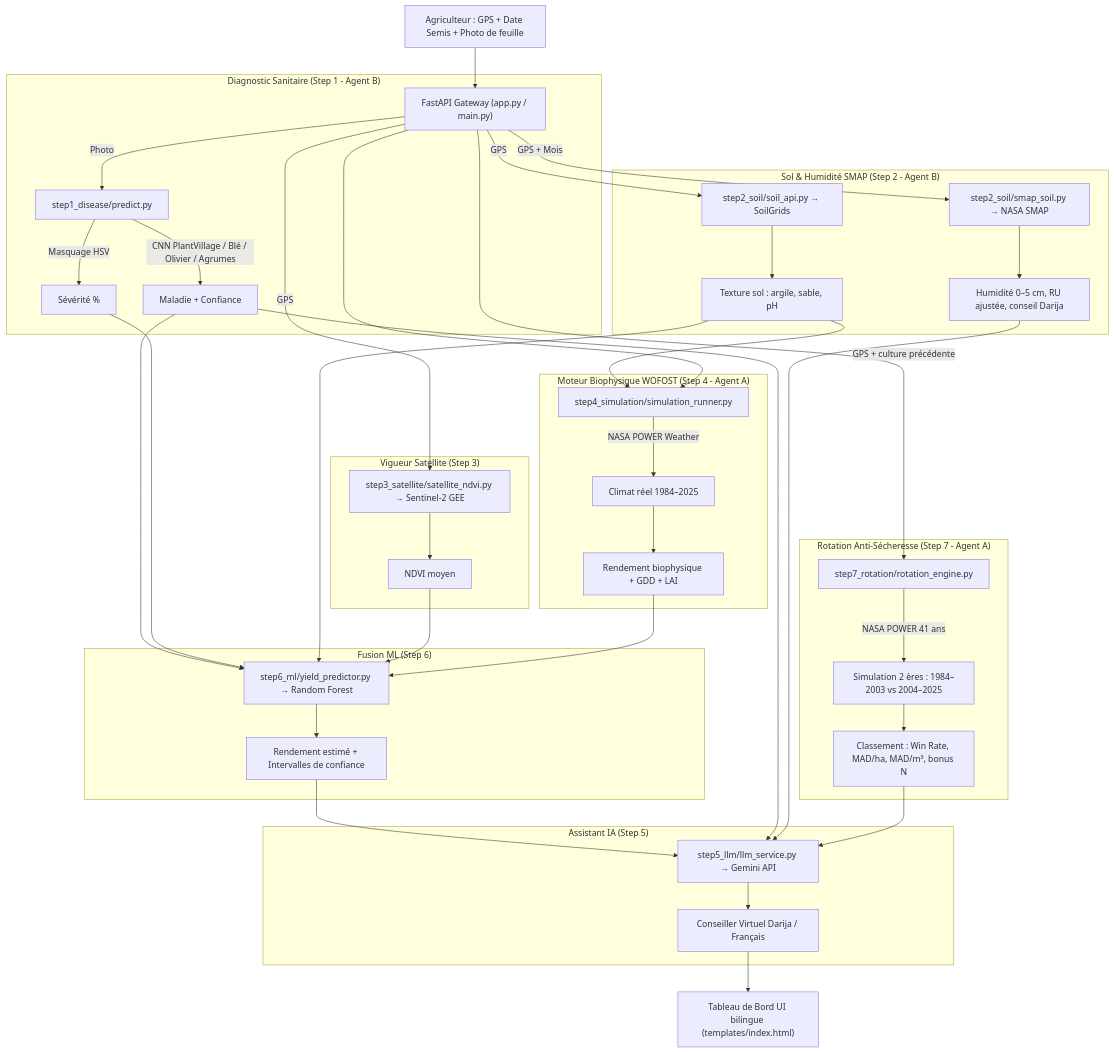
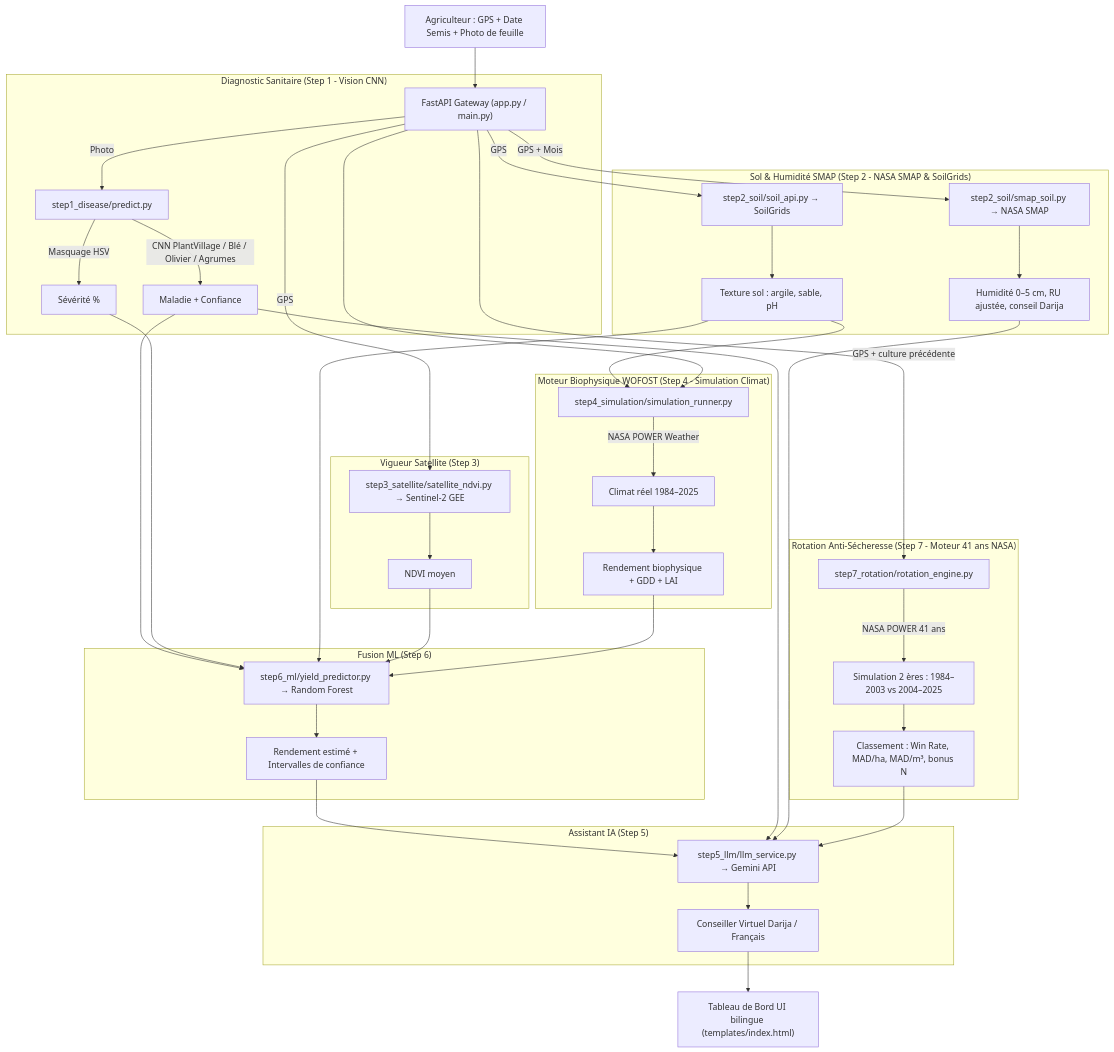
The diagram in README.md (NasaChallenge-earth-eyes/earth-eyes), drawn with Mermaid before and after one commit. The commit also changed other lines of this file and 1 other file, not shown here.

````diff
--- a/README.md
+++ b/README.md
@@ -64,46 +64,46 @@
 ```mermaid
 graph TD
     A["Agriculteur : GPS + Date Semis + Photo de feuille"] --> B["FastAPI Gateway (app.py / main.py)"]
 
-    subgraph "Diagnostic Sanitaire (Step 1 - Agent B)"
+    subgraph "Diagnostic Sanitaire (Step 1 - Vision CNN)"
         B -->|Photo| C["step1_disease/predict.py"]
         C -->|CNN PlantVillage / Blé / Olivier / Agrumes| C1["Maladie + Confiance"]
         C -->|Masquage HSV| C2["Sévérité %"]
     end
 
-    subgraph "Sol & Humidité SMAP (Step 2 - Agent B)"
+    subgraph "Sol & Humidité SMAP (Step 2 - NASA SMAP & SoilGrids)"
         B -->|GPS| D1["step2_soil/soil_api.py → SoilGrids"]
         B -->|GPS + Mois| D2["step2_soil/smap_soil.py → NASA SMAP"]
         D1 --> D3["Texture sol : argile, sable, pH"]
         D2 --> D4["Humidité 0–5 cm, RU ajustée, conseil Darija"]
     end
 
     subgraph "Vigueur Satellite (Step 3)"
         B -->|GPS| E["step3_satellite/satellite_ndvi.py → Sentinel-2 GEE"]
         E --> E1["NDVI moyen"]
     end
 
-    subgraph "Moteur Biophysique WOFOST (Step 4 - Agent A)"
+    subgraph "Moteur Biophysique WOFOST (Step 4 - Simulation Climat)"
         D3 & B --> F["step4_simulation/simulation_runner.py"]
         F -->|NASA POWER Weather| F1["Climat réel 1984–2025"]
         F1 --> F2["Rendement biophysique + GDD + LAI"]
     end
 
     subgraph "Fusion ML (Step 6)"
         C1 & C2 & D3 & E1 & F2 --> G["step6_ml/yield_predictor.py → Random Forest"]
         G --> G1["Rendement estimé + Intervalles de confiance"]
     end
 
-    subgraph "Rotation Anti-Sécheresse (Step 7 - Agent A)"
+    subgraph "Rotation Anti-Sécheresse (Step 7 - Moteur 41 ans NASA)"
         B -->|GPS + culture précédente| H["step7_rotation/rotation_engine.py"]
         H -->|NASA POWER 41 ans| H1["Simulation 2 ères : 1984–2003 vs 2004–2025"]
         H1 --> H2["Classement : Win Rate, MAD/ha, MAD/m³, bonus N"]
     end
 
     subgraph "Assistant IA (Step 5)"
         G1 & C1 & D4 & H2 --> I["step5_llm/llm_service.py → Gemini API"]
         I --> J["Conseiller Virtuel Darija / Français"]
     end
 
     J --> K["Tableau de Bord UI bilingue (templates/index.html)"]
 ```
````
